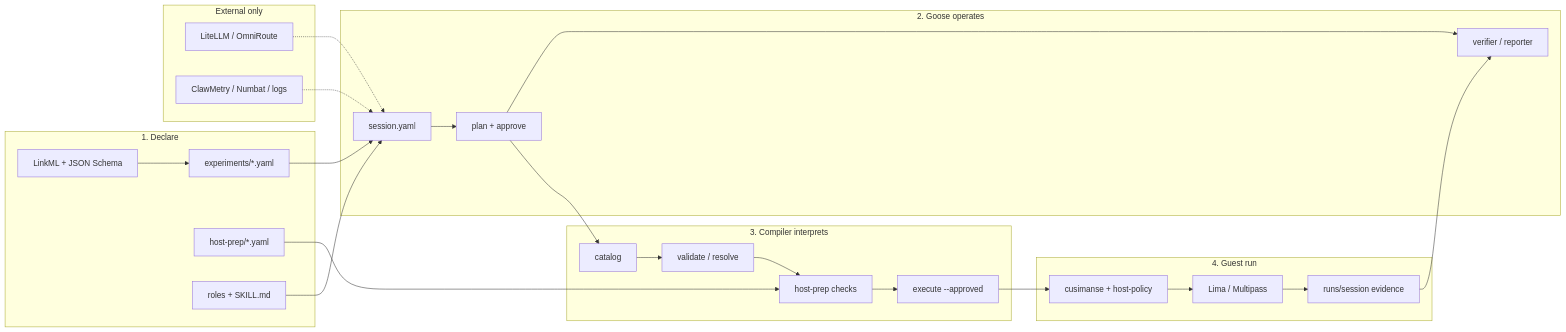
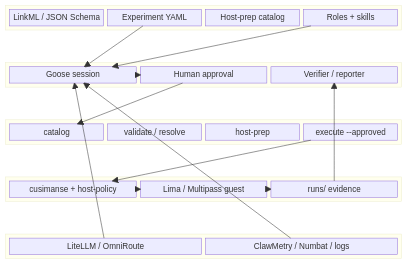
Before and after one commit to Opposum0112/Cusimanse: the first of 2 diagrams in README.md, drawn with Mermaid. The commit also changed other lines of this file, not shown here.

Commit message:
docs: structured layered architecture diagram

````diff
--- a/README.md
+++ b/README.md
@@ -38,47 +40,59 @@
 ```mermaid
-flowchart LR
-  subgraph Declare["1. Declare"]
-    Schema["LinkML + JSON Schema"]
-    Exp["experiments/*.yaml"]
-    Prep["host-prep/*.yaml"]
-    Roles["roles + SKILL.md"]
-    Schema --> Exp
+block-beta
+  columns 4
+
+  block:contract:4
+    columns 4
+    S["LinkML / JSON Schema"]
+    E["Experiment YAML"]
+    P["Host-prep catalog"]
+    R["Roles + skills"]
   end
 
-  subgraph Operate["2. Goose operates"]
-    Recipe["session.yaml"]
-    Plan["plan + approve"]
-    Summon["verifier / reporter"]
-    Recipe --> Plan
-    Plan --> Summon
+  space:4
+
+  block:control:4
+    columns 3
+    G["Goose session"]
+    A["Human approval"]
+    V["Verifier / reporter"]
   end
 
-  subgraph Compile["3. Compiler interprets"]
-    Cat["catalog"]
-    Val["validate / resolve"]
-    HP["host-prep checks"]
-    Ex["execute --approved"]
-    Cat --> Val --> HP --> Ex
+  space:4
+
+  block:compile:4
+    columns 4
+    C1["catalog"]
+    C2["validate / resolve"]
+    C3["host-prep"]
+    C4["execute --approved"]
   end
 
-  subgraph Run["4. Guest run"]
-    Engine["cusimanse + host-policy"]
-    VM["Lima / Multipass"]
-    Ev["runs/session evidence"]
-    Engine --> VM --> Ev
+  space:4
+
+  block:runtime:4
+    columns 3
+    EN["cusimanse + host-policy"]
+    VM["Lima / Multipass guest"]
+    EV["runs/ evidence"]
   end
 
-  subgraph Side["External only"]
+  space:4
+
+  block:side:4
+    columns 2
     GW["LiteLLM / OmniRoute"]
-    Obs["ClawMetry / Numbat / logs"]
+    OB["ClawMetry / Numbat / logs"]
   end
 
-  Exp --> Recipe
-  Roles --> Recipe
-  Prep --> HP
-  Plan --> Cat
-  Ex --> Engine
-  Ev --> Summon
-  GW -.-> Recipe
-  Obs -.-> Recipe
+  E --> G
+  R --> G
+  G --> A
+  A --> C1
+  C4 --> EN
+  EN --> VM
+  VM --> EV
+  EV --> V
+  GW --> G
+  OB --> G
 ```
````
